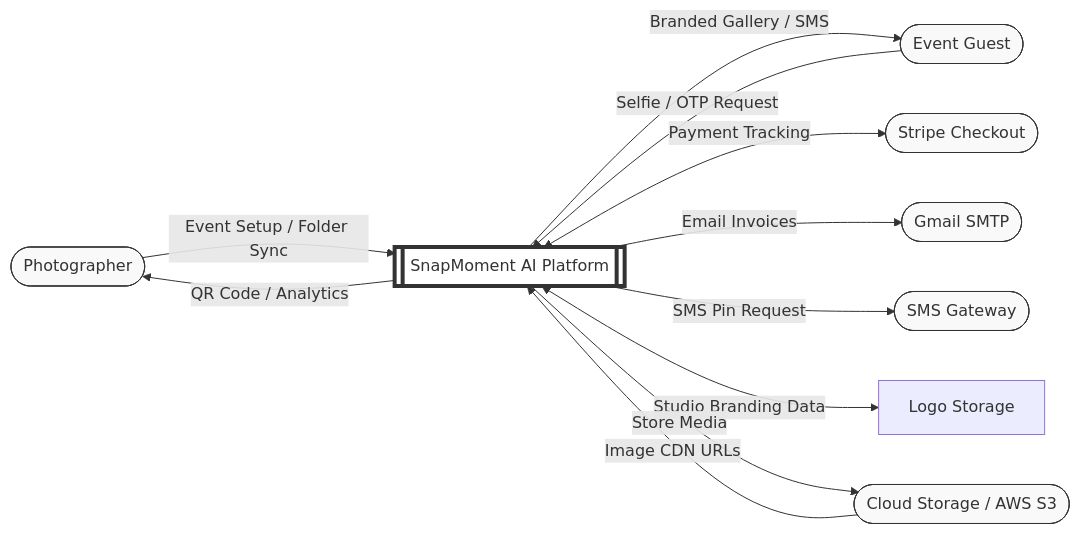
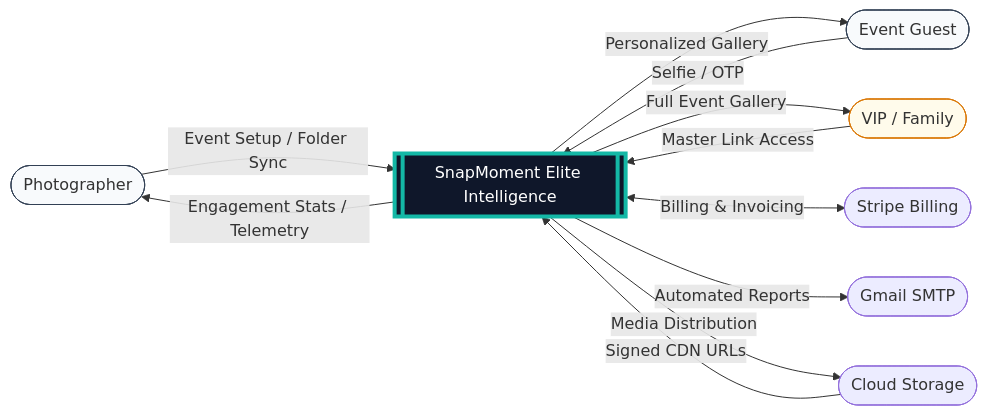
One commit to JoelJose212/SnapMoment changed the first of 2 diagrams in README.md. Above: the diagram before and after it, drawn with Mermaid. The commit also changed other lines of this file, not shown here.

Commit message:
Docs: Update README to Elite Intelligence Edition with new diagrams

````diff
--- a/README.md
+++ b/README.md
@@ -92,37 +38,34 @@
 ```mermaid
 graph LR
-    %% External Entities (Ovals)
+    %% External Entities
     Photog([Photographer])
     Guest([Event Guest])
-    S3([Cloud Storage / AWS S3])
-    SMS([SMS Gateway])
-    Stripe([Stripe Checkout])
+    Family([VIP / Family])
+    S3([Cloud Storage])
+    Stripe([Stripe Billing])
     Gmail([Gmail SMTP])
 
-    %% Central Process (Box)
-    System[[SnapMoment AI Platform]]
+    %% Central Process
+    System[[SnapMoment Elite Intelligence]]
 
     %% Data Flows
     Photog -- "Event Setup / Folder Sync" --> System
-    System -- "QR Code / Analytics" --> Photog
+    System -- "Engagement Stats / Telemetry" --> Photog
 
-    Guest -- "Selfie / OTP Request" --> System
-    System -- "Branded Gallery / SMS" --> Guest
+    Guest -- "Selfie / OTP" --> System
+    System -- "Personalized Gallery" --> Guest
+
+    Family -- "Master Link Access" --> System
+    System -- "Full Event Gallery" --> Family
     
-    System -- "Payment Tracking" <--> Stripe
-    System -- "Email Invoices" --> Gmail
-    System -- "SMS Pin Request" --> SMS
+    System -- "Billing & Invoicing" <--> Stripe
+    System -- "Automated Reports" --> Gmail
     
-    System -- "Studio Branding Data" <--> Pix[Logo Storage]
+    System -- "Media Distribution" --> S3
+    S3 -- "Signed CDN URLs" --> System
 
-    System -- "Store Media" --> S3
-    S3 -- "Image CDN URLs" --> System
-
-    style System fill:#fff,stroke:#333,stroke-width:4px
-    style Photog fill:#f9f9f9,stroke:#333
-    style Guest fill:#f9f9f9,stroke:#333
-    style S3 fill:#f9f9f9,stroke:#333
-    style SMS fill:#f9f9f9,stroke:#333
-    style Stripe fill:#f9f9f9,stroke:#333
-    style Gmail fill:#f9f9f9,stroke:#333
+    style System fill:#0f172a,stroke:#14b8a6,stroke-width:4px,color:#fff
+    style Photog fill:#f8fafc,stroke:#334155
+    style Guest fill:#f8fafc,stroke:#334155
+    style Family fill:#fffbeb,stroke:#d97706
 ```
````
